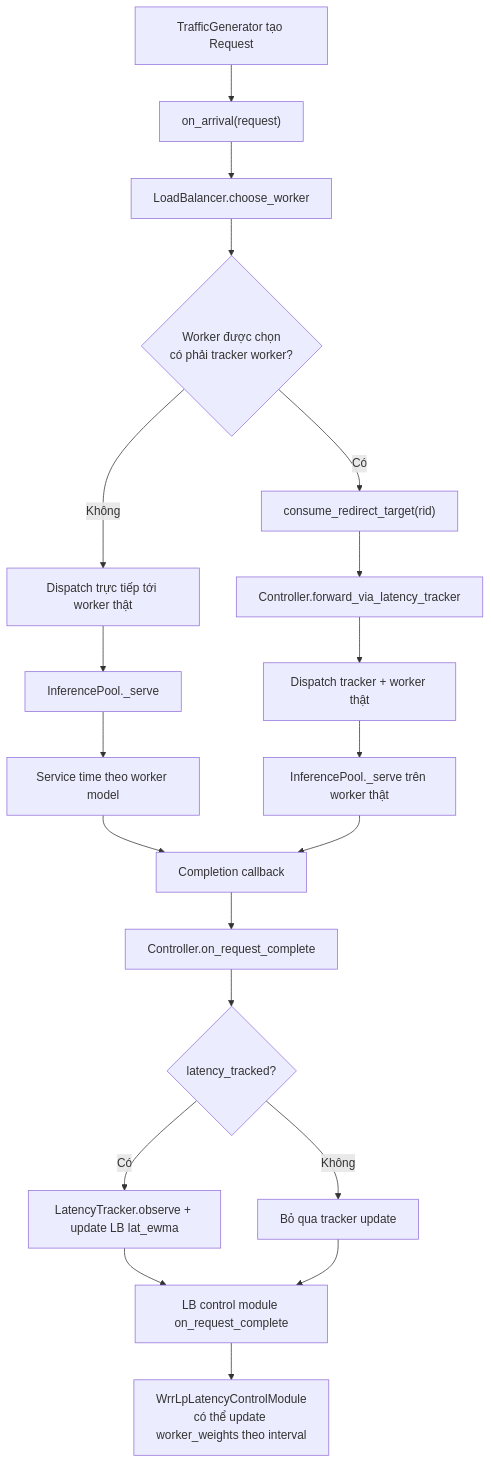
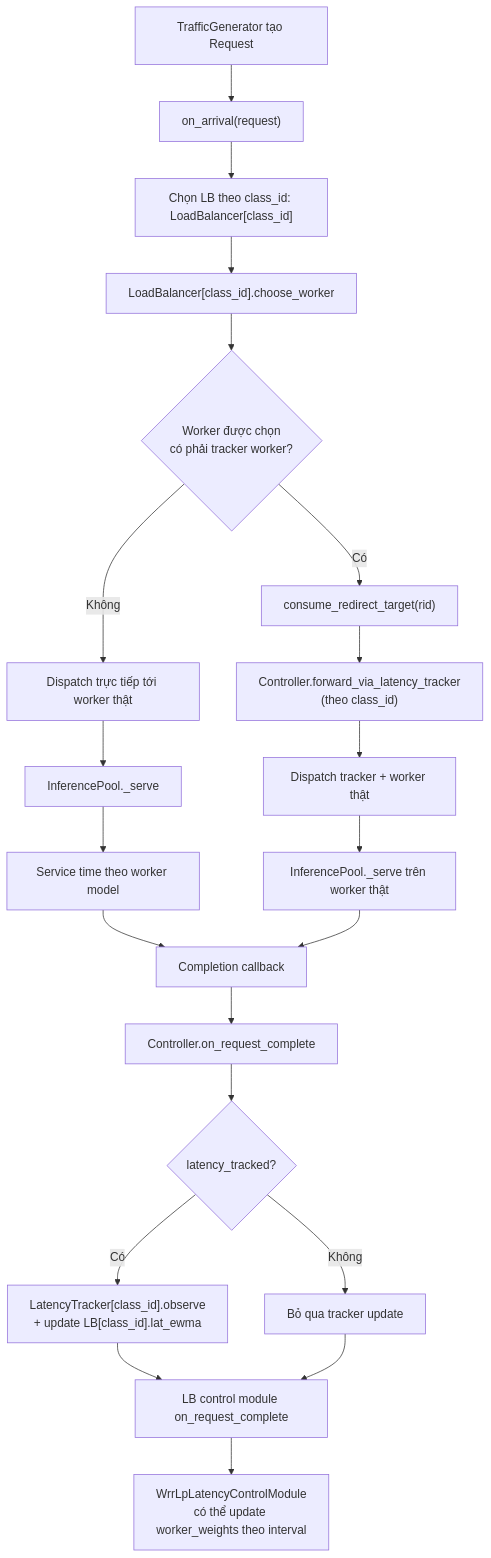
Before and after one commit to ahihi8z8z/lb-simulation: the diagram in docs/request_flow_chart.md, drawn with Mermaid. The commit also changed other lines of this file and 8 other files, not shown here.

Commit message:
Update docs for per-class LB and tracker architecture

````diff
--- a/docs/request_flow_chart.md
+++ b/docs/request_flow_chart.md
@@ -3,25 +3,26 @@
 ```mermaid
 flowchart TD
     A["TrafficGenerator tạo Request"] --> B["on_arrival(request)"]
-    B --> C["LoadBalancer.choose_worker"]
+    B --> B1["Chọn LB theo class_id: LoadBalancer[class_id]"]
+    B1 --> C["LoadBalancer[class_id].choose_worker"]
     C --> D{"Worker được chọn<br/>có phải tracker worker?"}
 
     D -- Không --> E["Dispatch trực tiếp tới worker thật"]
     E --> F["InferencePool._serve"]
     F --> G["Service time theo worker model"]
     G --> H["Completion callback"]
 
     D -- Có --> I["consume_redirect_target(rid)"]
-    I --> J["Controller.forward_via_latency_tracker"]
+    I --> J["Controller.forward_via_latency_tracker<br/>(theo class_id)"]
     J --> K["Dispatch tracker + worker thật"]
     K --> L["InferencePool._serve trên worker thật"]
     L --> H
 
     H --> M["Controller.on_request_complete"]
     M --> N{latency_tracked?}
-    N -- Có --> O["LatencyTracker.observe + update LB lat_ewma"]
+    N -- Có --> O["LatencyTracker[class_id].observe<br/>+ update LB[class_id].lat_ewma"]
     N -- Không --> P["Bỏ qua tracker update"]
     O --> Q["LB control module on_request_complete"]
     P --> Q
     Q --> R["WrrLpLatencyControlModule<br/>có thể update worker_weights theo interval"]
 ```
````
